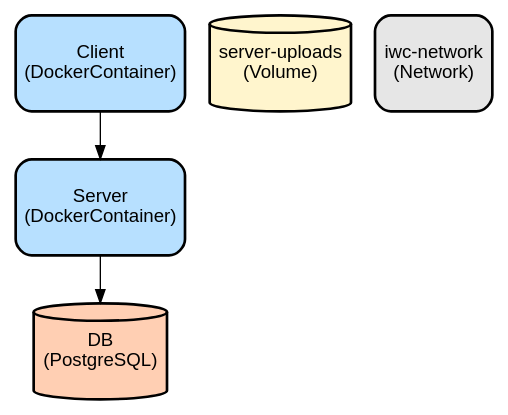
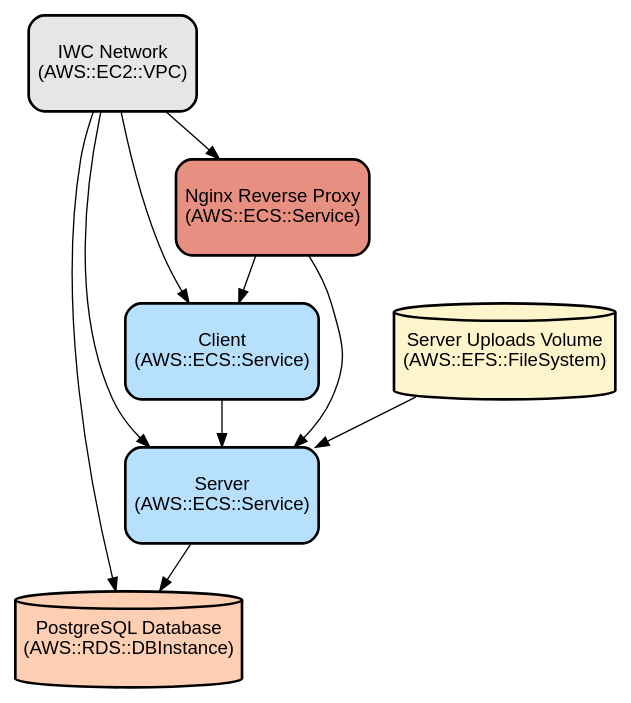
The diagram in docs/infra.dot (naszad/IWC), drawn with Graphviz before and after one commit. The commit also changed 2 other files, not shown here.

```diff
--- a/docs/infra.dot
+++ b/docs/infra.dot
@@ -1,15 +1,24 @@
 digraph INFRA {
   node [ color = "black", fillcolor = "#E6E6E6", height =1, style = "filled,bold,rounded", fontname = "Arial" ];
+  "PostgreSQL Database" [ label = "PostgreSQL Database
+(AWS::RDS::DBInstance)", shape =cylinder, fillcolor = "#FFCFB3" ];
+  "Server" [ label = "Server
+(AWS::ECS::Service)", shape =rectangle, fillcolor = "#B7E0FF" ];
   "Client" [ label = "Client
-(DockerContainer)", shape =rectangle, fillcolor = "#B7E0FF" ];
-  "Server" [ label = "Server
-(DockerContainer)", shape =rectangle, fillcolor = "#B7E0FF" ];
-  "DB" [ label = "DB
-(PostgreSQL)", shape =cylinder, fillcolor = "#FFCFB3" ];
-  "server-uploads" [ label = "server-uploads
-(Volume)", shape =cylinder, fillcolor = "#FFF5CD" ];
-  "iwc-network" [ label = "iwc-network
-(Network)", shape =rectangle ];
+(AWS::ECS::Service)", shape =rectangle, fillcolor = "#B7E0FF" ];
+  "Nginx Reverse Proxy" [ label = "Nginx Reverse Proxy
+(AWS::ECS::Service)", shape =rectangle, fillcolor = "#E78F81" ];
+  "Server Uploads Volume" [ label = "Server Uploads Volume
+(AWS::EFS::FileSystem)", shape =cylinder, fillcolor = "#FFF5CD" ];
+  "IWC Network" [ label = "IWC Network
+(AWS::EC2::VPC)", shape =rectangle ];
+  "Server" -> "PostgreSQL Database";
   "Client" -> "Server";
-  "Server" -> "DB";
+  "Nginx Reverse Proxy" -> "Client";
+  "Nginx Reverse Proxy" -> "Server";
+  "Server Uploads Volume" -> "Server";
+  "IWC Network" -> "PostgreSQL Database";
+  "IWC Network" -> "Server";
+  "IWC Network" -> "Client";
+  "IWC Network" -> "Nginx Reverse Proxy";
 }
```
